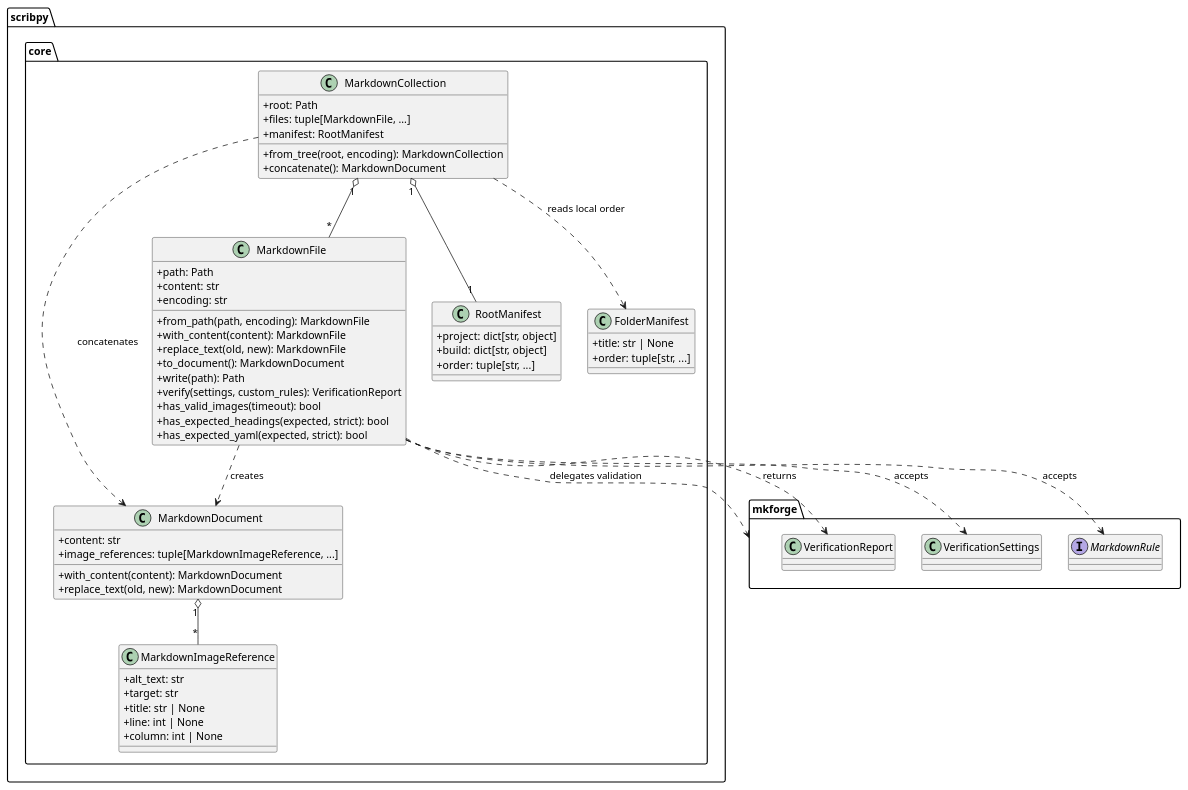
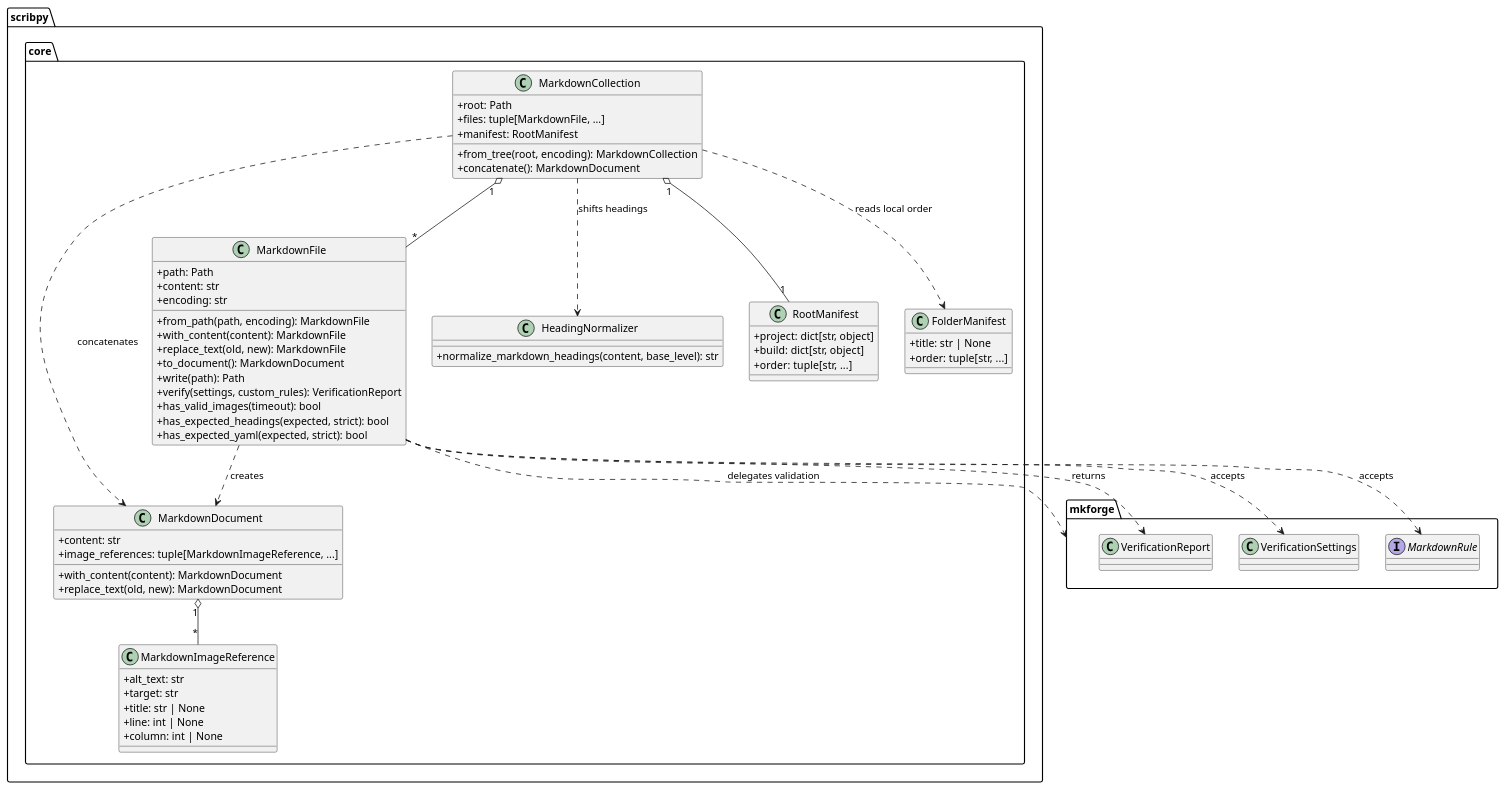
Before and after one commit to antoinebarre/scribpy: the first of 5 diagrams in doc/architecture-core.md, drawn with PlantUML. The commit also changed other lines of this file and 4 other files, not shown here.

Commit message:
feat: normalize heading

````diff
--- a/doc/architecture-core.md
+++ b/doc/architecture-core.md
@@ -34,73 +34,78 @@
 ```plantuml
 @startuml
 skinparam classAttributeIconSize 0
 
 package "scribpy.core" {
   class MarkdownDocument {
     +content: str
     +image_references: tuple[MarkdownImageReference, ...]
     +with_content(content): MarkdownDocument
     +replace_text(old, new): MarkdownDocument
   }
 
   class MarkdownFile {
     +path: Path
     +content: str
     +encoding: str
     +from_path(path, encoding): MarkdownFile
     +with_content(content): MarkdownFile
     +replace_text(old, new): MarkdownFile
     +to_document(): MarkdownDocument
     +write(path): Path
     +verify(settings, custom_rules): VerificationReport
     +has_valid_images(timeout): bool
     +has_expected_headings(expected, strict): bool
     +has_expected_yaml(expected, strict): bool
   }
 
   class MarkdownImageReference {
     +alt_text: str
     +target: str
     +title: str | None
     +line: int | None
     +column: int | None
   }
 
   class MarkdownCollection {
     +root: Path
     +files: tuple[MarkdownFile, ...]
     +manifest: RootManifest
     +from_tree(root, encoding): MarkdownCollection
     +concatenate(): MarkdownDocument
   }
 
+  class HeadingNormalizer {
+    +normalize_markdown_headings(content, base_level): str
+  }
+
   class RootManifest {
     +project: dict[str, object]
     +build: dict[str, object]
     +order: tuple[str, ...]
   }
 
   class FolderManifest {
     +title: str | None
     +order: tuple[str, ...]
   }
 }
 
 package "mkforge" {
   class VerificationReport
   class VerificationSettings
   interface MarkdownRule
 }
 
 MarkdownFile ..> VerificationReport : returns
 MarkdownFile ..> VerificationSettings : accepts
 MarkdownFile ..> MarkdownRule : accepts
 MarkdownFile ..> mkforge : delegates validation
 MarkdownFile ..> MarkdownDocument : creates
 MarkdownDocument "1" o-- "*" MarkdownImageReference
 MarkdownCollection "1" o-- "*" MarkdownFile
 MarkdownCollection "1" o-- "1" RootManifest
 MarkdownCollection ..> MarkdownDocument : concatenates
 MarkdownCollection ..> FolderManifest : reads local order
+MarkdownCollection ..> HeadingNormalizer : shifts headings
 @enduml
 ```
````
